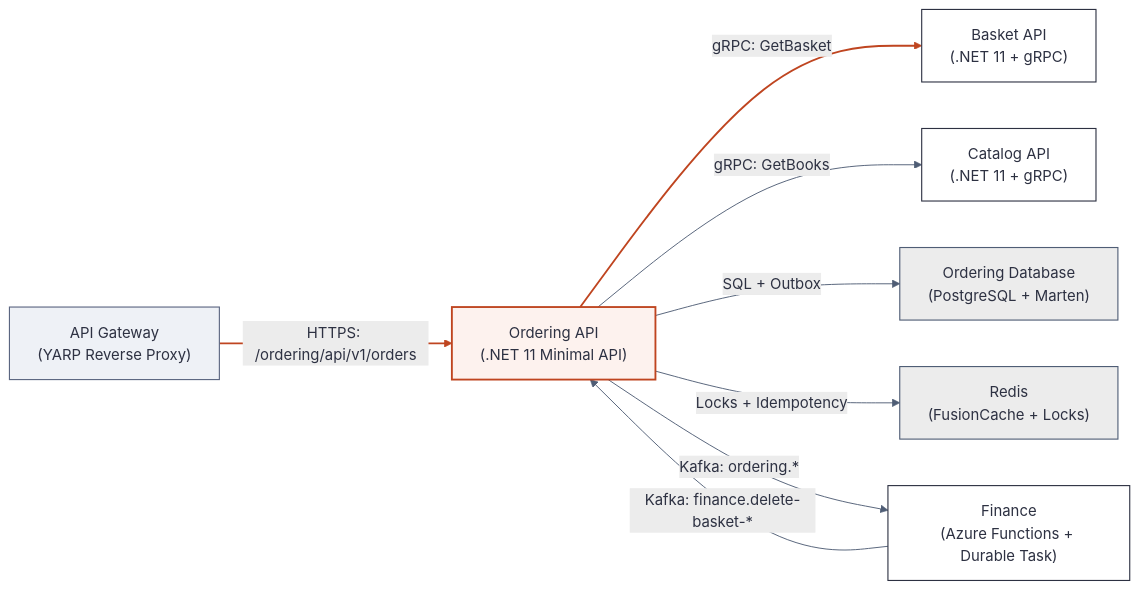
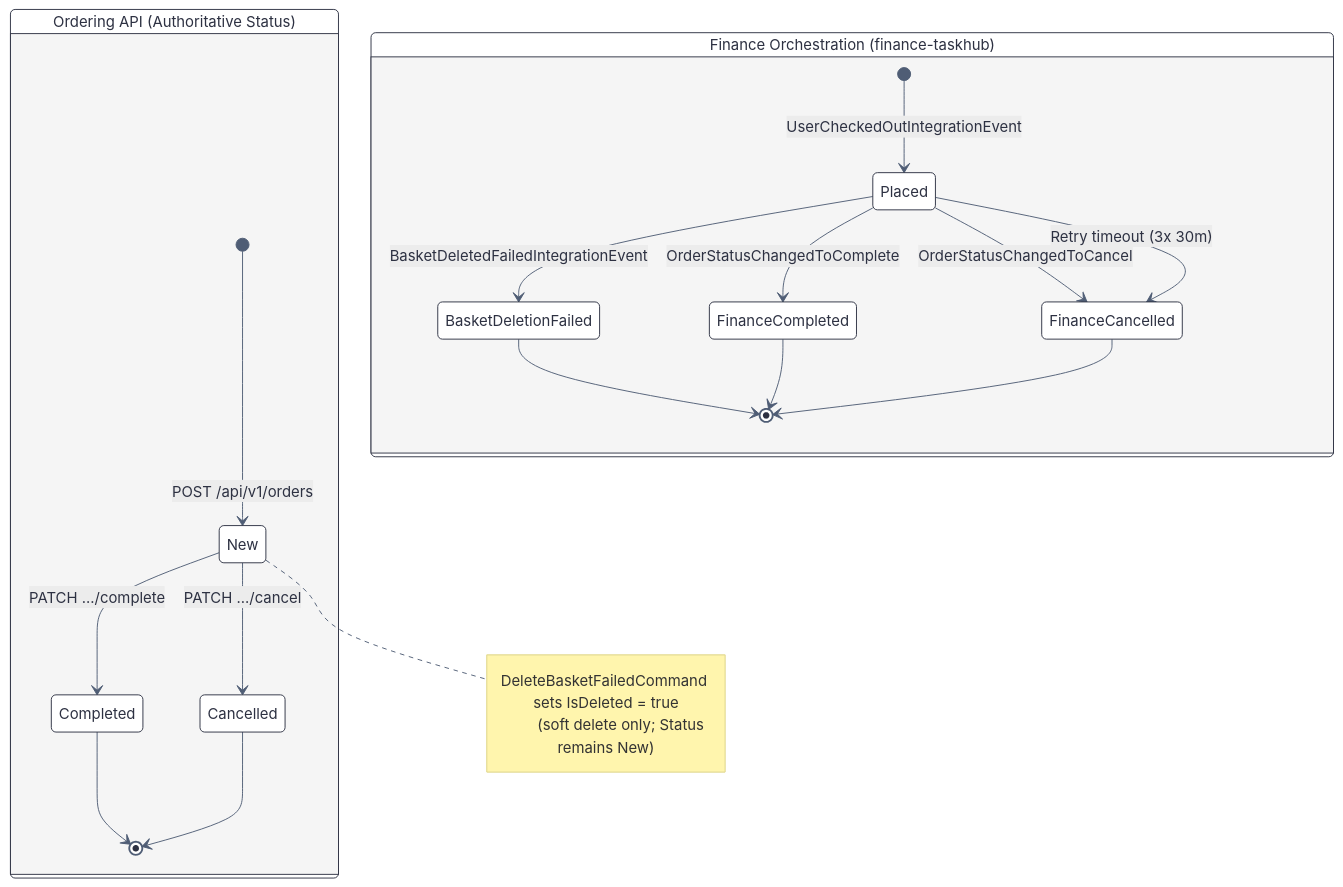
The diagram in docs/domains/BookWorm/subdomains/Ordering/docs/engineering/mermaids/02-order-change-checklist-diagram-1.mmd (foxminchan/BookWorm), drawn with Mermaid before and after one commit. The commit also changed 630 other files, not shown here.

Commit message:
Enhance documentation and diagrams (#1864)

```diff
--- a/docs/domains/BookWorm/subdomains/Ordering/docs/engineering/mermaids/02-order-change-checklist-diagram-1.mmd
+++ b/docs/domains/BookWorm/subdomains/Ordering/docs/engineering/mermaids/02-order-change-checklist-diagram-1.mmd
@@ -1,29 +1,25 @@
 %%{init: {'theme': 'base', 'themeVariables': {'background': '#f5f5f5', 'primaryColor': '#ffffff', 'primaryTextColor': '#2d3142', 'primaryBorderColor': '#2d3142', 'secondaryColor': '#ececec', 'secondaryBorderColor': '#4f5d75', 'tertiaryColor': '#fdf2ee', 'tertiaryBorderColor': '#bf4520', 'lineColor': '#4f5d75', 'textColor': '#2d3142', 'clusterBkg': '#f8f9fa', 'clusterBorder': '#bfc0c0', 'fontFamily': 'Geist, system-ui, sans-serif'}}}%%
-flowchart LR
-	gateway["API Gateway\n(YARP Reverse Proxy)"]
-	ordering["Ordering API\n(.NET 11 Minimal API)"]
-	basket["Basket API\n(.NET 11 + gRPC)"]
-	catalog["Catalog API\n(.NET 11 + gRPC)"]
-	orderingdb["Ordering Database\n(PostgreSQL + Marten)"]
-	redis["Redis\n(FusionCache + Locks)"]
-	finance["Finance\n(Azure Functions + Durable Task)"]
+stateDiagram-v2
 
-	gateway --> |"HTTPS: /ordering/api/v1/orders"| ordering
-	ordering --> |"gRPC: GetBasket"| basket
-	ordering --> |"gRPC: GetBooks"| catalog
-	ordering -->|"SQL + Outbox"| orderingdb
-	ordering -->|"Locks + Idempotency"| redis
-	ordering --> |"Kafka: ordering.*"| finance
-	finance --> |"Kafka: finance.delete-basket-*"| ordering
+state "Ordering API (Authoritative Status)" as OrderingStatus {
+	[*] --> New: POST /api/v1/orders
+	New --> Completed: PATCH .../complete
+	New --> Cancelled: PATCH .../cancel
+	Completed --> [*]
+	Cancelled --> [*]
+	note right of New
+	DeleteBasketFailedCommand sets IsDeleted = true
+	(soft delete only; Status remains New)
+	end note
+}
 
-	classDef focal fill:#fdf2ee,stroke:#bf4520,stroke-width:2px,color:#2d3142
-	classDef service fill:#ffffff,stroke:#2d3142,stroke-width:1.2px,color:#2d3142
-	classDef store fill:#ececec,stroke:#4f5d75,stroke-width:1.2px,color:#2d3142
-	classDef input fill:#eef1f6,stroke:#5a6580,stroke-width:1.2px,color:#2d3142
-	classDef ext fill:#f5f5f5,stroke:#949eb2,stroke-width:1px,stroke-dasharray:4 3,color:#4f5d75
-	class ordering focal
-	class basket,catalog,finance service
-	class orderingdb,redis store
-	class gateway input
-	linkStyle 0 stroke:#bf4520,stroke-width:2px
-	linkStyle 1 stroke:#bf4520,stroke-width:2px
+state "Finance Orchestration (finance-taskhub)" as FinanceState {
+	[*] --> Placed: UserCheckedOutIntegrationEvent
+	Placed --> BasketDeletionFailed: BasketDeletedFailedIntegrationEvent
+	Placed --> FinanceCompleted: OrderStatusChangedToComplete
+	Placed --> FinanceCancelled: OrderStatusChangedToCancel
+	Placed --> FinanceCancelled: Retry timeout (3x 30m)
+	BasketDeletionFailed --> [*]
+	FinanceCompleted --> [*]
+	FinanceCancelled --> [*]
+}
```
